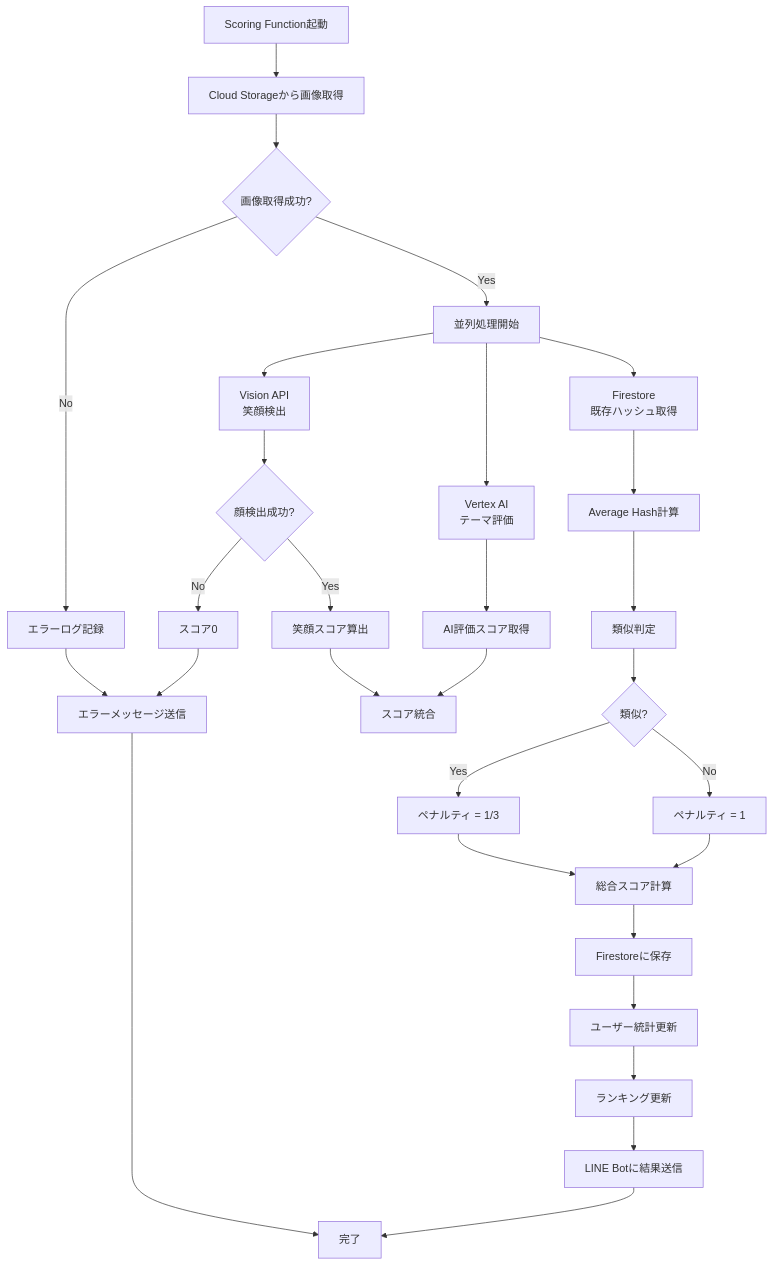
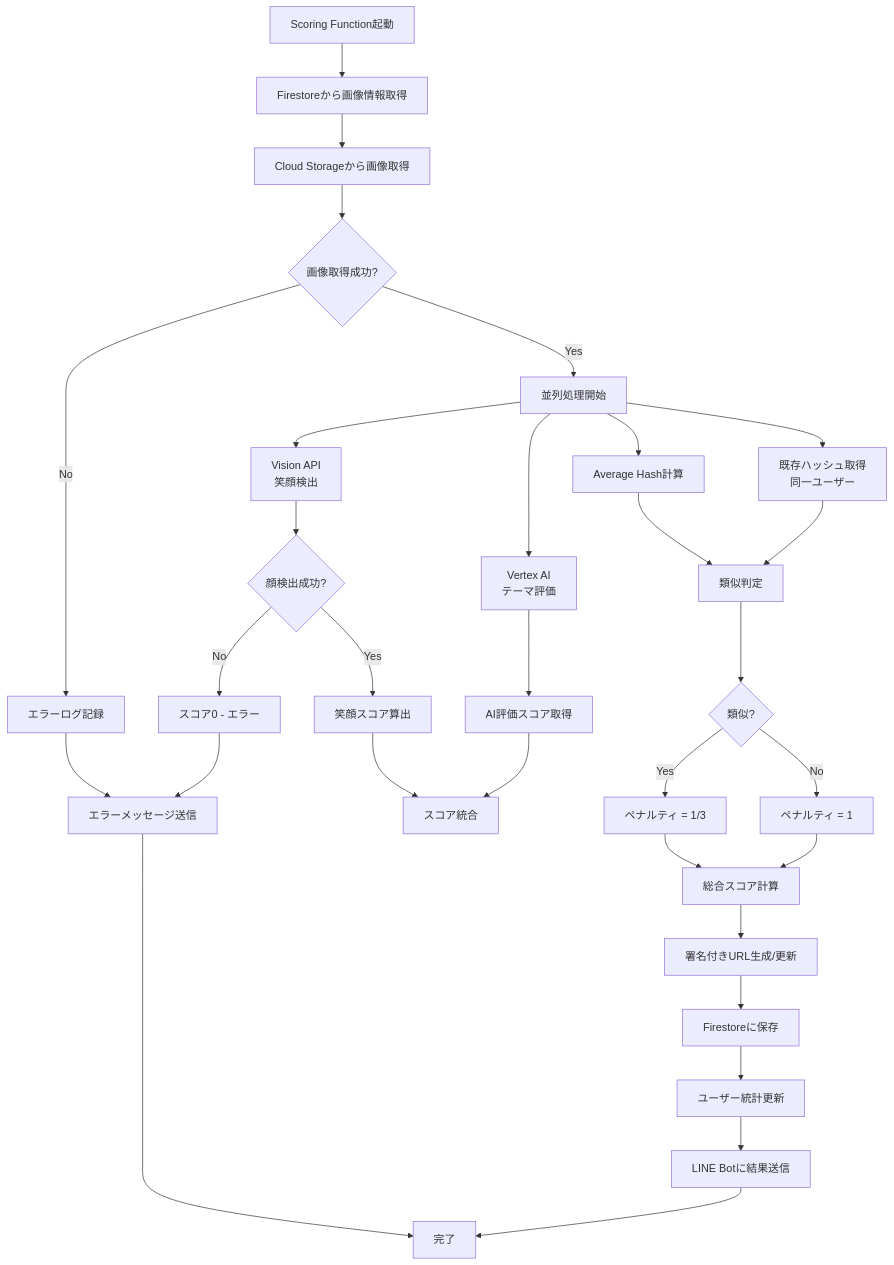
The diagram in docs/api/scoring.md (nakayamaryo0731/wedding_smile_catcher), drawn with Mermaid before and after one commit. The commit also changed other lines of this file and 18 other files, not shown here.

````diff
--- a/docs/api/scoring.md
+++ b/docs/api/scoring.md
@@ -72,38 +68,40 @@
 ```mermaid
 graph TD
-    A[Scoring Function起動] --> B[Cloud Storageから画像取得]
-    B --> C{画像取得成功?}
-    C -->|No| D[エラーログ記録]
-    C -->|Yes| E[並列処理開始]
+    A[Scoring Function起動] --> B[Firestoreから画像情報取得]
+    B --> C[Cloud Storageから画像取得]
+    C --> D{画像取得成功?}
+    D -->|No| E[エラーログ記録]
+    D -->|Yes| F[並列処理開始]
 
-    E --> F[Vision API<br/>笑顔検出]
-    E --> G[Vertex AI<br/>テーマ評価]
-    E --> H[Firestore<br/>既存ハッシュ取得]
+    F --> G[Vision API<br/>笑顔検出]
+    F --> H[Vertex AI<br/>テーマ評価]
+    F --> I[Average Hash計算]
+    F --> J[既存ハッシュ取得<br/>同一ユーザー]
 
-    F --> I{顔検出成功?}
-    I -->|No| J[スコア0]
-    I -->|Yes| K[笑顔スコア算出]
+    G --> K{顔検出成功?}
+    K -->|No| L[スコア0 - エラー]
+    K -->|Yes| M[笑顔スコア算出]
 
-    G --> L[AI評価スコア取得]
-    H --> M[Average Hash計算]
-    M --> N[類似判定]
+    H --> N[AI評価スコア取得]
+    I --> O[類似判定]
+    J --> O
 
-    K --> O[スコア統合]
-    L --> O
-    N --> P{類似?}
-    P -->|Yes| Q[ペナルティ = 1/3]
-    P -->|No| R[ペナルティ = 1]
+    M --> P[スコア統合]
+    N --> P
+    O --> Q{類似?}
+    Q -->|Yes| R[ペナルティ = 1/3]
+    Q -->|No| S[ペナルティ = 1]
 
-    Q --> S[総合スコア計算]
-    R --> S
+    R --> T[総合スコア計算]
+    S --> T
 
-    S --> T[Firestoreに保存]
-    T --> U[ユーザー統計更新]
-    U --> V[ランキング更新]
-    V --> W[LINE Botに結果送信]
-    W --> X[完了]
+    T --> U[署名付きURL生成/更新]
+    U --> V[Firestoreに保存]
+    V --> W[ユーザー統計更新]
+    W --> X[LINE Botに結果送信]
+    X --> Y[完了]
 
-    J --> Y[エラーメッセージ送信]
-    D --> Y
-    Y --> X
+    L --> Z[エラーメッセージ送信]
+    E --> Z
+    Z --> Y
 ```
````
